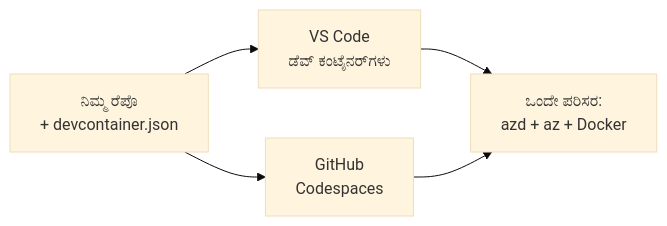
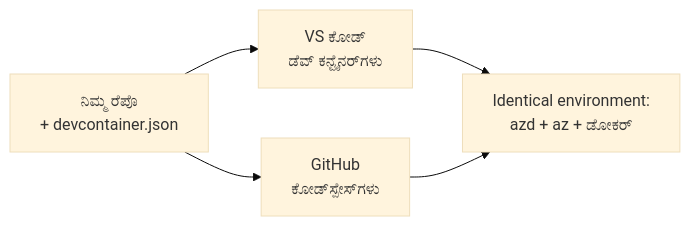
The diagram in translations/kn/docs/chapter-01-foundation/dev-containers.md (microsoft/AZD-for-beginners), drawn with Mermaid (base theme) before and after one commit. The commit also changed other lines of this file and 59 other files, not shown here.

````diff
--- a/translations/kn/docs/chapter-01-foundation/dev-containers.md
+++ b/translations/kn/docs/chapter-01-foundation/dev-containers.md
@@ -41,7 +41,7 @@
 ```mermaid
 graph LR
-    Repo[ನಿಮ್ಮ ರೆಪೊ<br/>+ devcontainer.json] --> VSCode[VS Code<br/>ಡೆವ್ ಕಂಟೈನರ್‌ಗಳು]
-    Repo --> Codespaces[GitHub<br/>Codespaces]
-    VSCode --> Env[ಒಂದೇ ಪರಿಸರ:<br/>azd + az + Docker]
+    Repo[ನಿಮ್ಮ ರೆಪೊ<br/>+ devcontainer.json] --> VSCode[VS ಕೋಡ್<br/>ಡೆವ್ ಕನ್ಟೈನರ್‌ಗಳು]
+    Repo --> Codespaces[GitHub<br/>ಕೋಡ್‌ಸ್ಪೇಸ್‌ಗಳು]
+    VSCode --> Env[Identical environment:<br/>azd + az + ಡೋಕರ್]
     Codespaces --> Env
 ```
````
